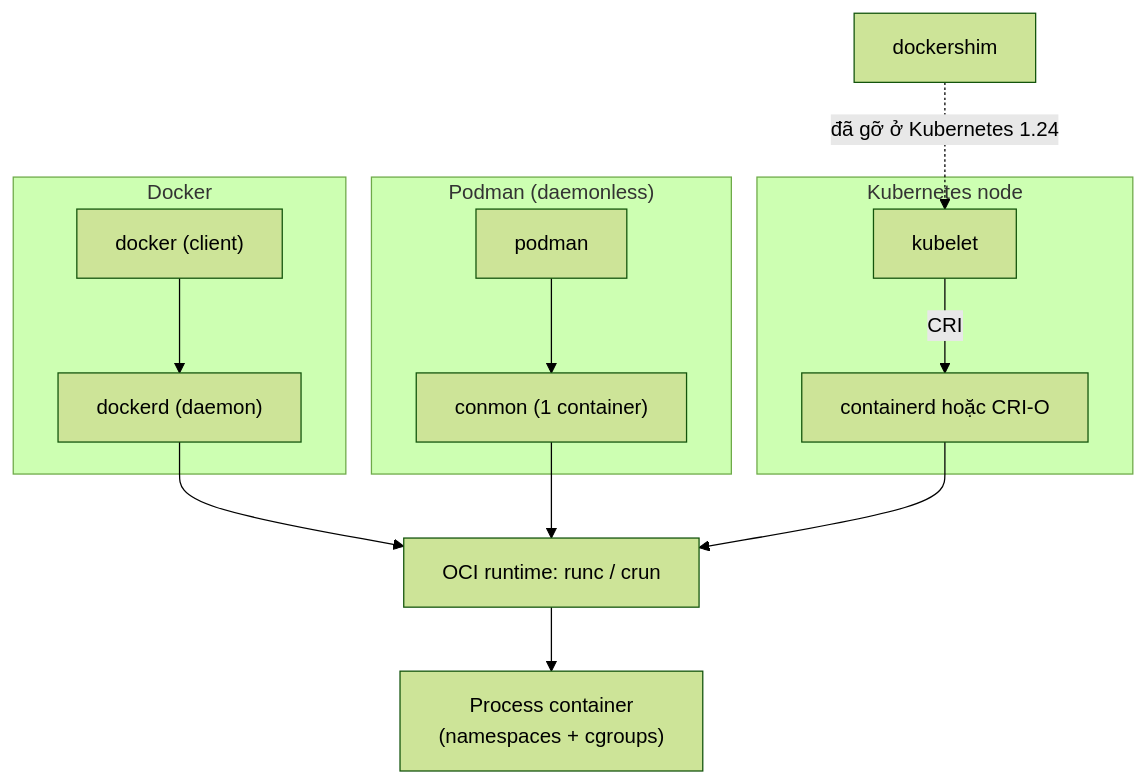
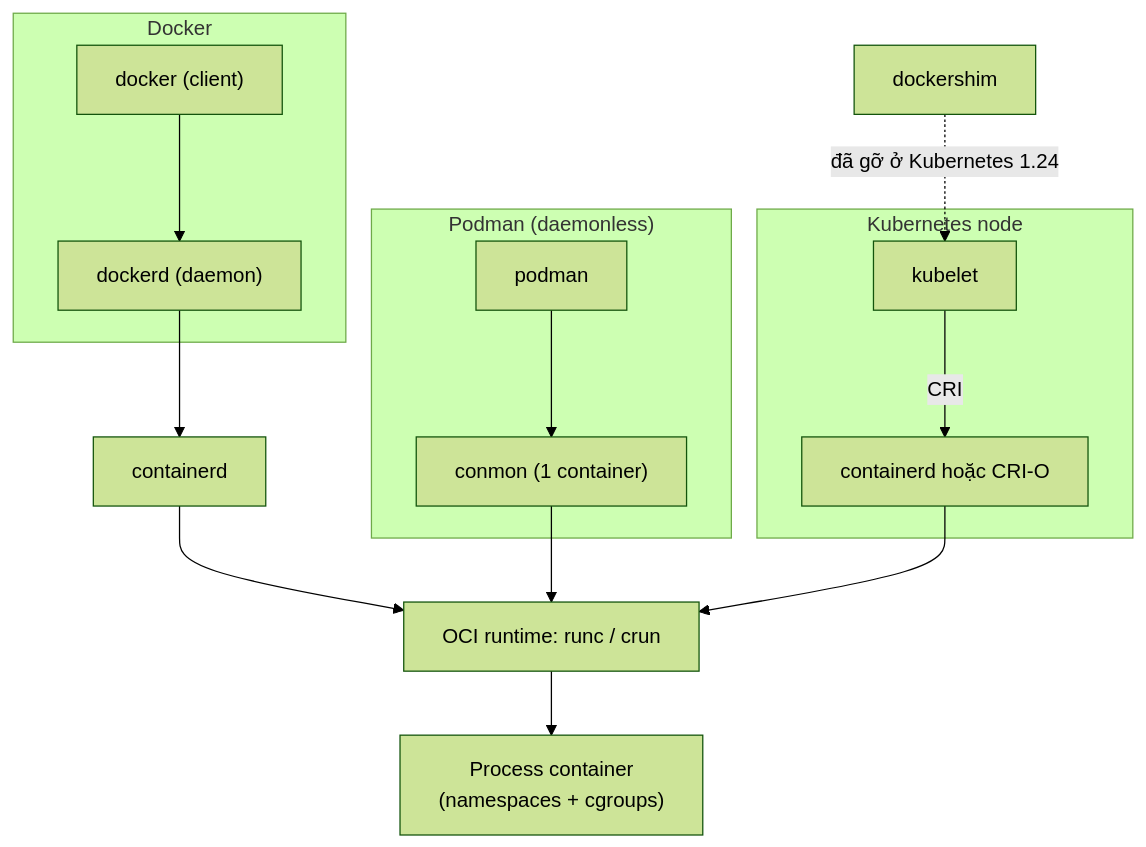
One commit to HelloMinh2122005/SelfLearn changed the diagram in cloud_devops_basic/container/6 Domain 6 - Containers and Kubernetes/6_1 Container Fundamentals/6_1_6 Container Runtimes and Ecosystem.md. Above: the diagram before and after it, drawn with Mermaid (forest theme). The commit also changed other lines of this file and 22 other files, not shown here.

````diff
--- a/cloud_devops_basic/container/6 Domain 6 - Containers and Kubernetes/6_1 Container Fundamentals/6_1_6 Container Runtimes and Ecosystem.md
+++ b/cloud_devops_basic/container/6 Domain 6 - Containers and Kubernetes/6_1 Container Fundamentals/6_1_6 Container Runtimes and Ecosystem.md
@@ -64,17 +94,18 @@
 ```mermaid
 flowchart TB
     subgraph DOCKER ["Docker"]
         DC["docker (client)"] --> DD["dockerd (daemon)"]
     end
     subgraph PODMAN ["Podman (daemonless)"]
         PC["podman"] --> CM["conmon (1 container)"]
     end
     subgraph K8S ["Kubernetes node"]
         KL["kubelet"] -->|"CRI"| CR["containerd hoặc CRI-O"]
     end
-    DD --> RT["OCI runtime: runc / crun"]
+    DD --> CD["containerd"]
+    CD --> RT["OCI runtime: runc / crun"]
     CM --> RT
     CR --> RT
     RT --> C["Process container<br/>(namespaces + cgroups)"]
     X["dockershim"] -. "đã gỡ ở Kubernetes 1.24" .-> KL
 ```
````
